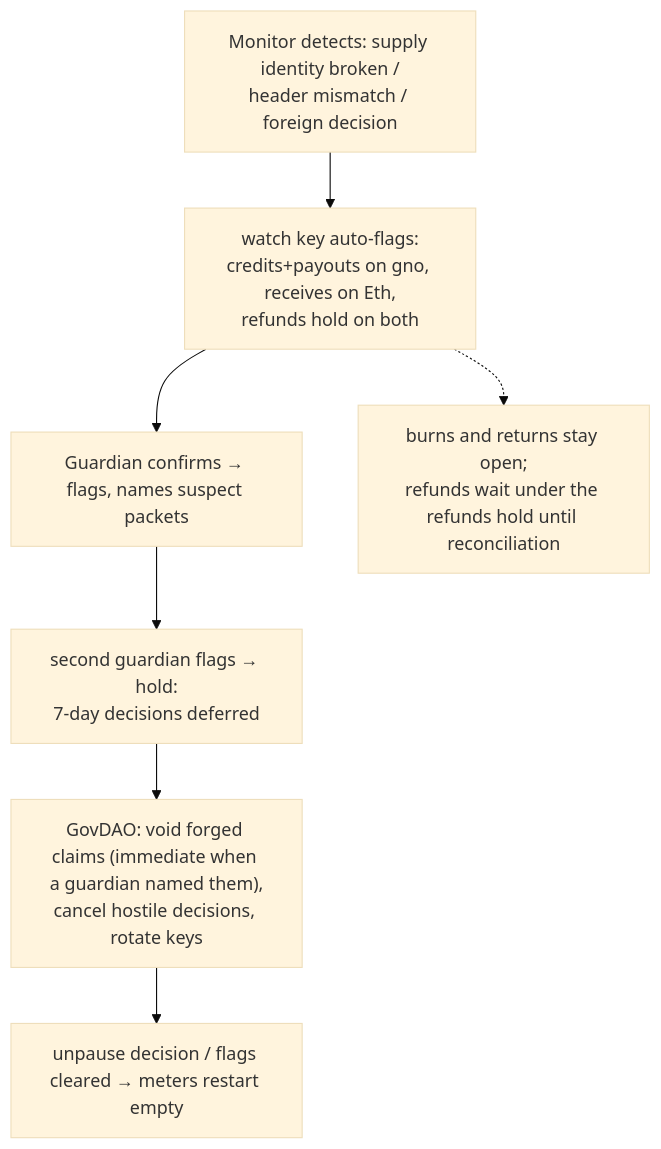
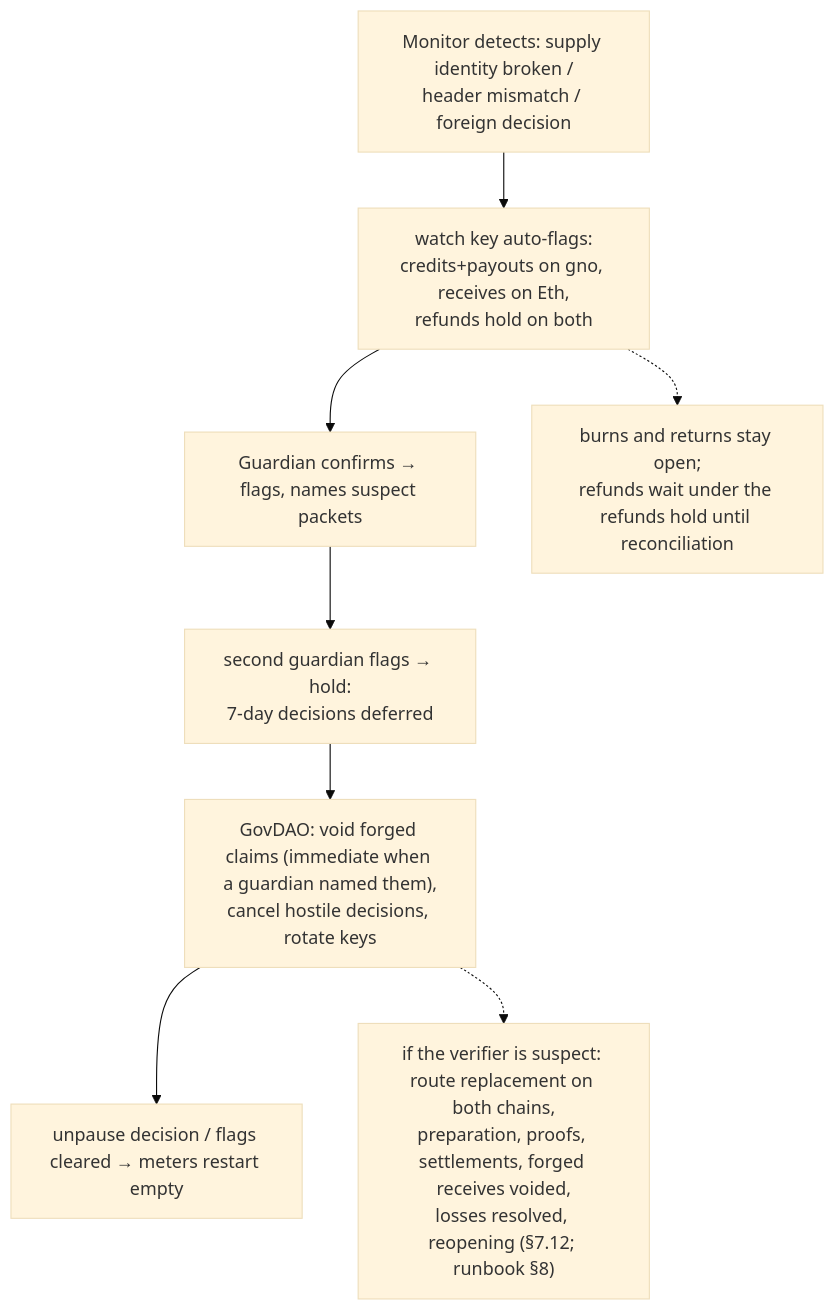
One commit to gnolang/gno changed diagram 12 of 13 in gno.land/adr/pr6375_ibc_ethereum.md. Above: the diagram before and after it, drawn with Mermaid (base theme). The commit also changed other lines of this file, not shown here.

````diff
--- a/gno.land/adr/pr6375_ibc_ethereum.md
+++ b/gno.land/adr/pr6375_ibc_ethereum.md
@@ -634,9 +732,10 @@
 ```mermaid
 flowchart TD
   DET[Monitor detects: supply identity broken /<br/>header mismatch / foreign decision] --> AUTO[watch key auto-flags:<br/>credits+payouts on gno, receives on Eth,<br/>refunds hold on both]
   AUTO --> G1[Guardian confirms → flags, names suspect packets]
   G1 --> H[second guardian flags → hold:<br/>7-day decisions deferred]
   H --> GOV["GovDAO: void forged claims (immediate when a guardian named them),<br/>cancel hostile decisions, rotate keys"]
   GOV --> UNP[unpause decision / flags cleared → meters restart empty]
   AUTO -.-> EXIT[burns and returns stay open;<br/>refunds wait under the refunds hold until reconciliation]
+  GOV -.-> REPL["if the verifier is suspect: route replacement on both chains,<br/>preparation, proofs, settlements, forged receives voided,<br/>losses resolved, reopening (§7.12; runbook §8)"]
 ```
````
